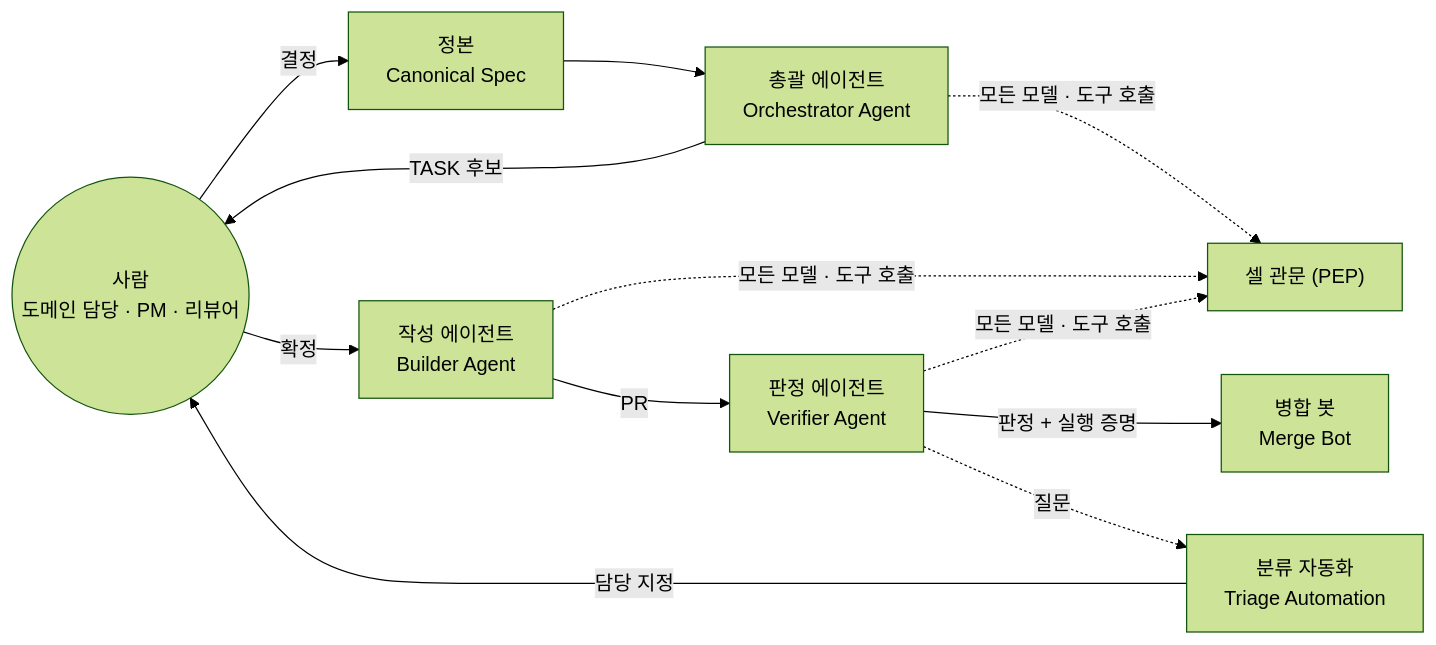
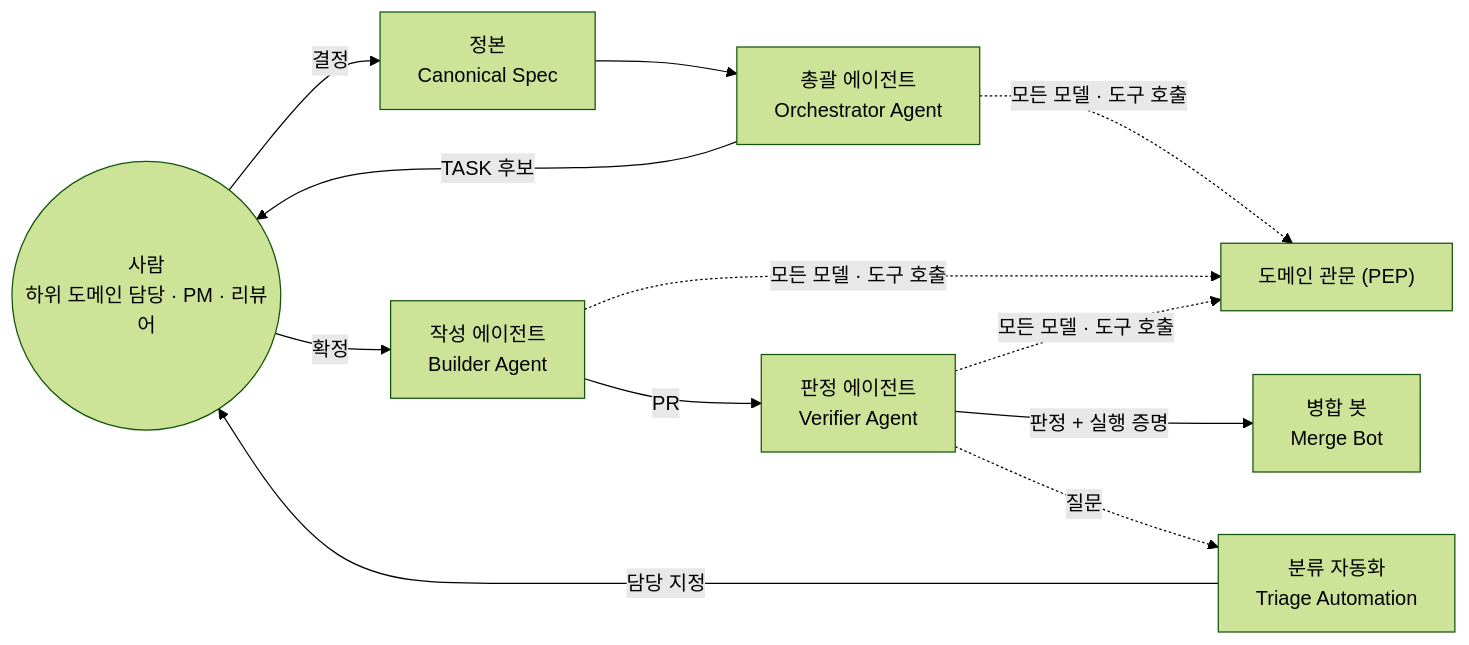
The second of 2 diagrams in architecture/개념_아키텍처.md (whiteceo/agentic), drawn with Mermaid (forest theme) before and after one commit. The commit also changed other lines of this file and 15 other files, not shown here.

````diff
--- a/architecture/개념_아키텍처.md
+++ b/architecture/개념_아키텍처.md
@@ -65,18 +81,18 @@
 ```mermaid
 flowchart LR
-  H(("사람<br/>도메인 담당 · PM · 리뷰어"))
+  H(("사람<br/>하위 도메인 담당 · PM · 리뷰어"))
   SPEC["정본<br/>Canonical Spec"]
   ORC["총괄 에이전트<br/>Orchestrator Agent"]
   BLD["작성 에이전트<br/>Builder Agent"]
   VER["판정 에이전트<br/>Verifier Agent"]
   MB["병합 봇<br/>Merge Bot"]
-  INT["분류 자동화<br/>Triage Automation"]
-  GW["셀 관문 (PEP)"]
+  TRI["분류 자동화<br/>Triage Automation"]
+  GW["도메인 관문 (PEP)"]
 
   H -- 결정 --> SPEC
   SPEC --> ORC -- TASK 후보 --> H
   H -- 확정 --> BLD
   BLD -- PR --> VER -- 판정 + 실행 증명 --> MB
-  VER -. 질문 .-> INT -- 담당 지정 --> H
+  VER -. 질문 .-> TRI -- 담당 지정 --> H
   ORC & BLD & VER -. 모든 모델 · 도구 호출 .-> GW
 ```
````
